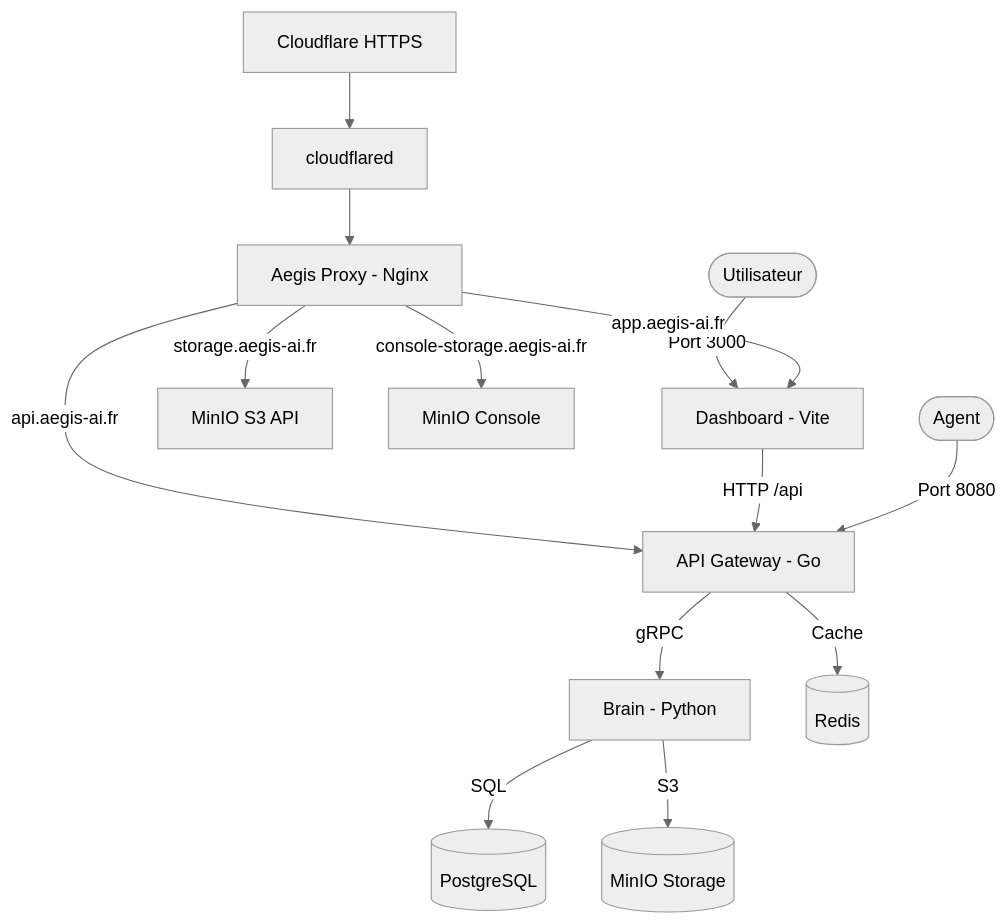
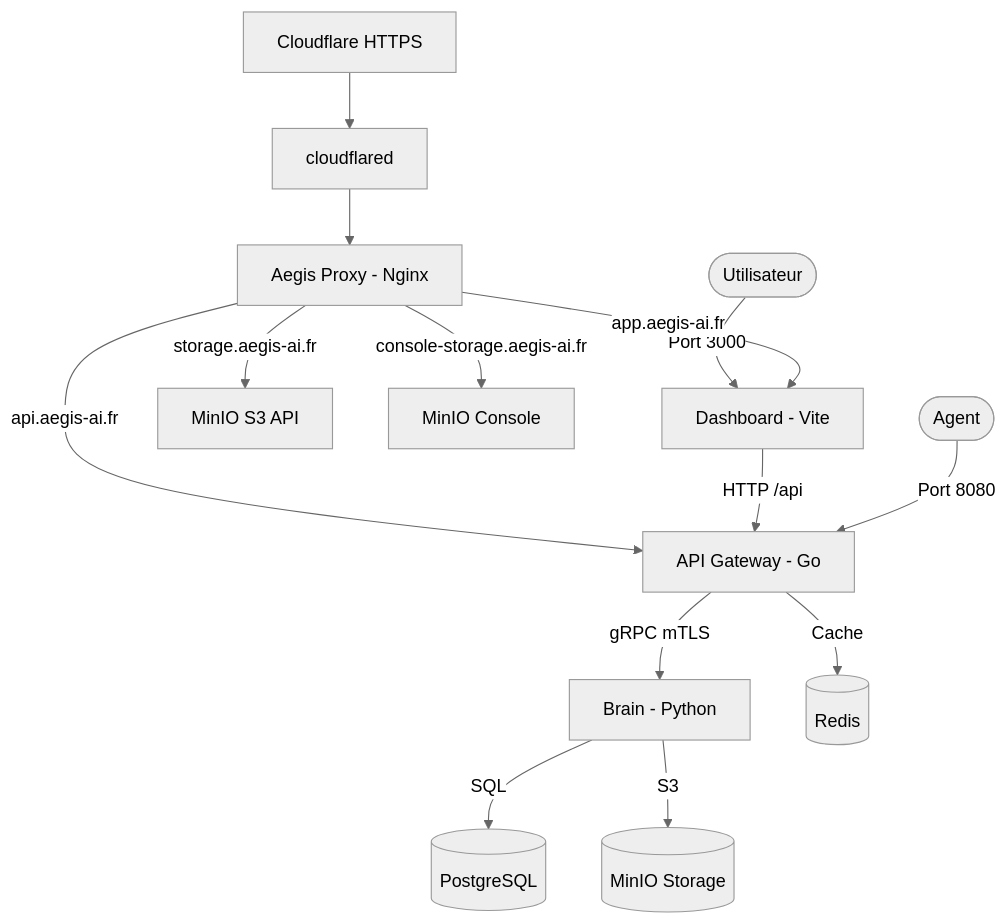
One commit to Aegis-AI-Organizations/Aegis-AI-Infra changed the diagram in local-dev/README.md. Above: the diagram before and after it, drawn with Mermaid (neutral theme). The commit also changed other lines of this file and 4 other files, not shown here.

````diff
--- a/local-dev/README.md
+++ b/local-dev/README.md
@@ -9,16 +9,16 @@
 ```mermaid
 graph TD
     User([Utilisateur]) -- Port 3000 --> Dashboard[Dashboard - Vite]
     CF[Cloudflare HTTPS] --> Tunnel[cloudflared]
     Tunnel --> Proxy[Aegis Proxy - Nginx]
     Proxy -- api.aegis-ai.fr --> Gateway
     Proxy -- app.aegis-ai.fr --> Dashboard
     Proxy -- storage.aegis-ai.fr --> MinIOApi[MinIO S3 API]
     Proxy -- console-storage.aegis-ai.fr --> MinIOConsole[MinIO Console]
     Dashboard -- HTTP /api --> Gateway[API Gateway - Go]
     Agent([Agent]) -- Port 8080 --> Gateway
-    Gateway -- gRPC --> Brain[Brain - Python]
+    Gateway -- gRPC mTLS --> Brain[Brain - Python]
     Brain -- SQL --> DB[(PostgreSQL)]
     Brain -- S3 --> MinIO[(MinIO Storage)]
     Gateway -- Cache --> Redis[(Redis)]
 ```
````
